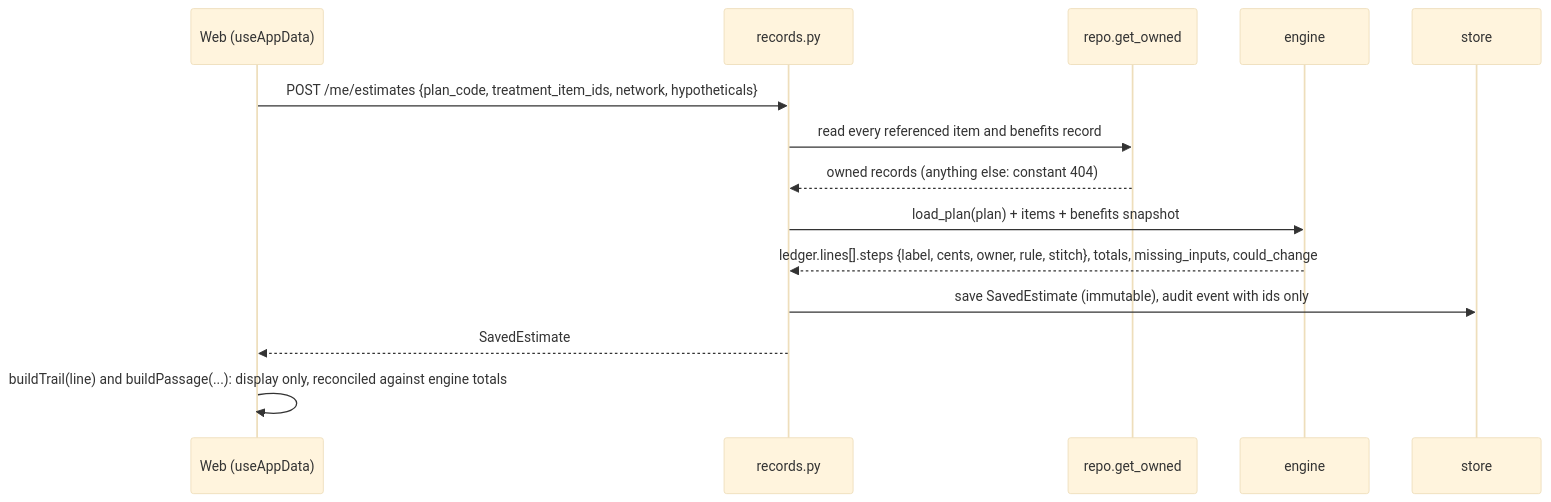
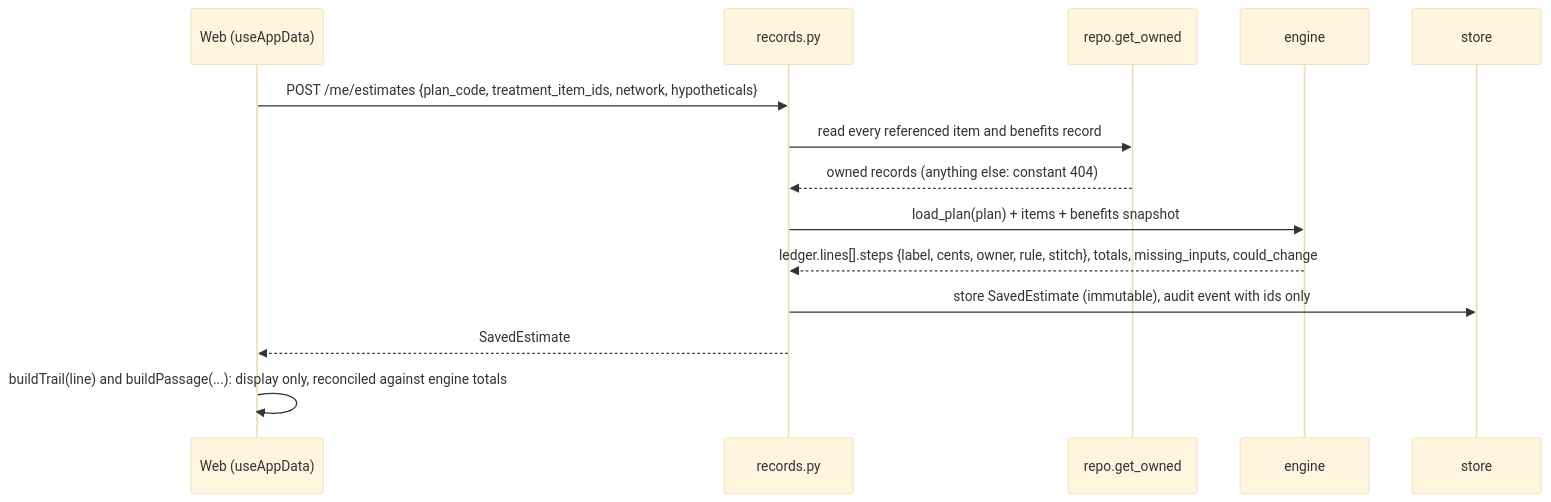
One commit to ashrit725-beep/oralcompass changed the second of 7 diagrams in docs/ARCHITECTURE.md. Above: the diagram before and after it, drawn with Mermaid (base theme). The commit also changed 1 other file, not shown here.

Commit message:
docs: presentation docs lint clean under advice_lint

````diff
--- a/docs/ARCHITECTURE.md
+++ b/docs/ARCHITECTURE.md
@@ -48,16 +48,16 @@
 ```mermaid
 sequenceDiagram
   participant W as Web (useAppData)
   participant R as records.py
   participant O as repo.get_owned
   participant E as engine
   participant S as store
   W->>R: POST /me/estimates {plan_code, treatment_item_ids, network, hypotheticals}
   R->>O: read every referenced item and benefits record
   O-->>R: owned records (anything else: constant 404)
   R->>E: load_plan(plan) + items + benefits snapshot
   E-->>R: ledger.lines[].steps {label, cents, owner, rule, stitch}, totals, missing_inputs, could_change
-  R->>S: save SavedEstimate (immutable), audit event with ids only
+  R->>S: store SavedEstimate (immutable), audit event with ids only
   R-->>W: SavedEstimate
   W->>W: buildTrail(line) and buildPassage(...): display only, reconciled against engine totals
 ```
````
